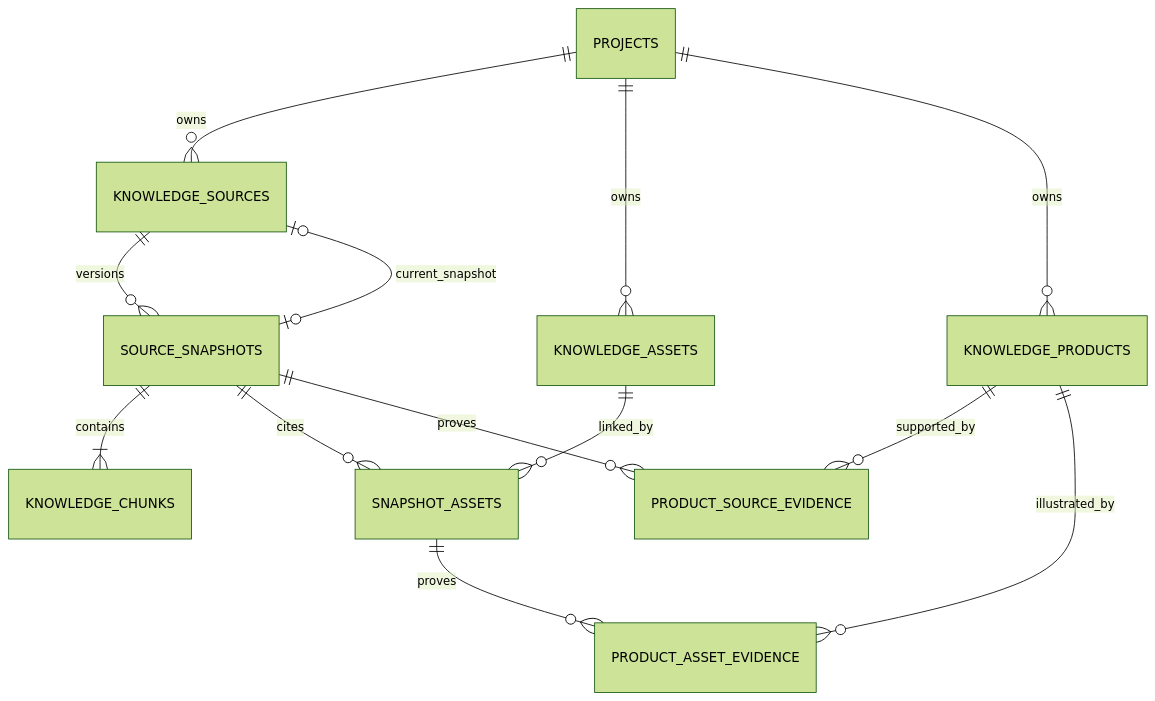
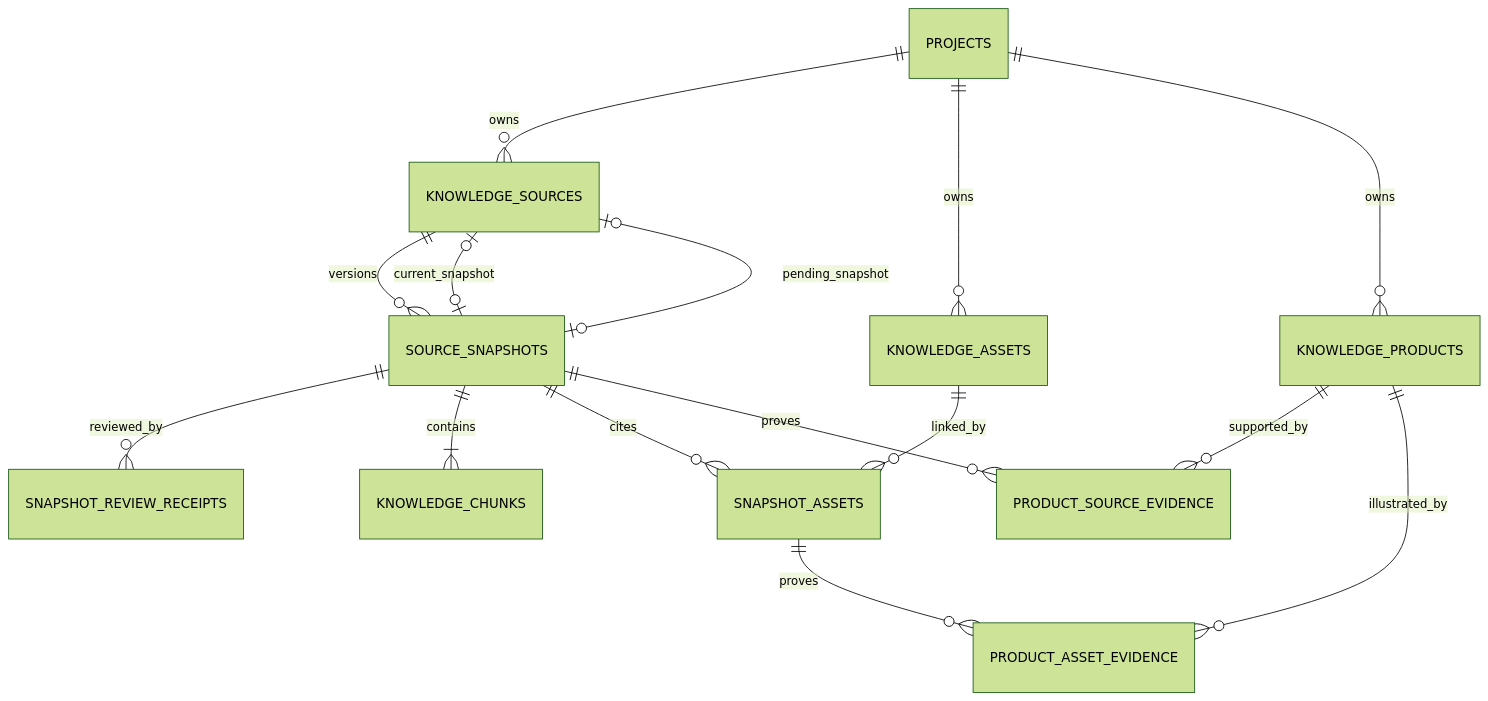
Before and after one commit to PuPuSama/Work-Station: the second of 2 diagrams in docs/architecture/m7-server-web-evidence-ingestion.md, drawn with Mermaid (forest theme). The commit also changed other lines of this file and 31 other files, not shown here.

Commit message:
feat: bind server reviews to source snapshots

````diff
--- a/docs/architecture/m7-server-web-evidence-ingestion.md
+++ b/docs/architecture/m7-server-web-evidence-ingestion.md
@@ -80,17 +84,19 @@
 ```mermaid
 erDiagram
     PROJECTS ||--o{ KNOWLEDGE_SOURCES : owns
     KNOWLEDGE_SOURCES ||--o{ SOURCE_SNAPSHOTS : versions
     KNOWLEDGE_SOURCES o|--o| SOURCE_SNAPSHOTS : current_snapshot
+    KNOWLEDGE_SOURCES o|--o| SOURCE_SNAPSHOTS : pending_snapshot
+    SOURCE_SNAPSHOTS ||--o{ SNAPSHOT_REVIEW_RECEIPTS : reviewed_by
     SOURCE_SNAPSHOTS ||--|{ KNOWLEDGE_CHUNKS : contains
 
     PROJECTS ||--o{ KNOWLEDGE_ASSETS : owns
     SOURCE_SNAPSHOTS ||--o{ SNAPSHOT_ASSETS : cites
     KNOWLEDGE_ASSETS ||--o{ SNAPSHOT_ASSETS : linked_by
 
     PROJECTS ||--o{ KNOWLEDGE_PRODUCTS : owns
     KNOWLEDGE_PRODUCTS ||--o{ PRODUCT_SOURCE_EVIDENCE : supported_by
     SOURCE_SNAPSHOTS ||--o{ PRODUCT_SOURCE_EVIDENCE : proves
     KNOWLEDGE_PRODUCTS ||--o{ PRODUCT_ASSET_EVIDENCE : illustrated_by
     SNAPSHOT_ASSETS ||--o{ PRODUCT_ASSET_EVIDENCE : proves
 ```
````
